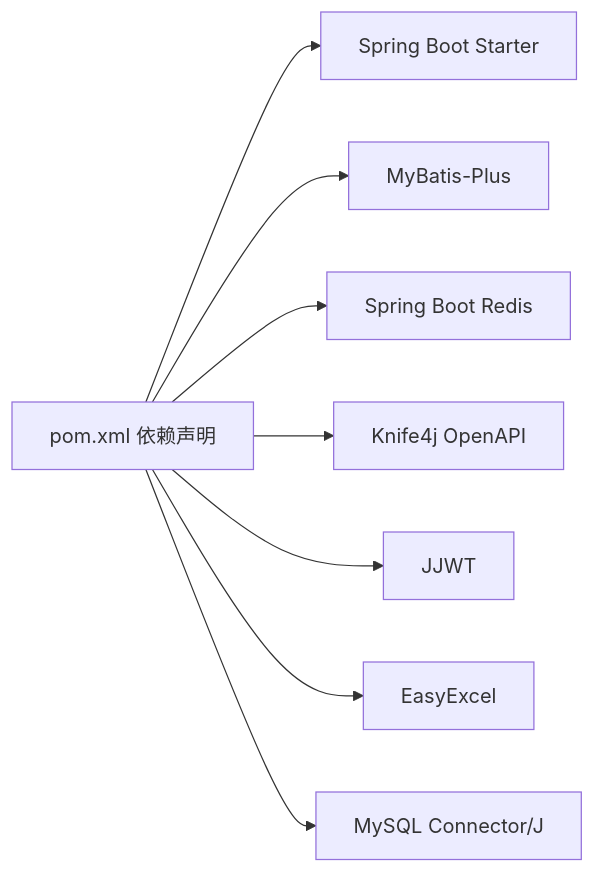
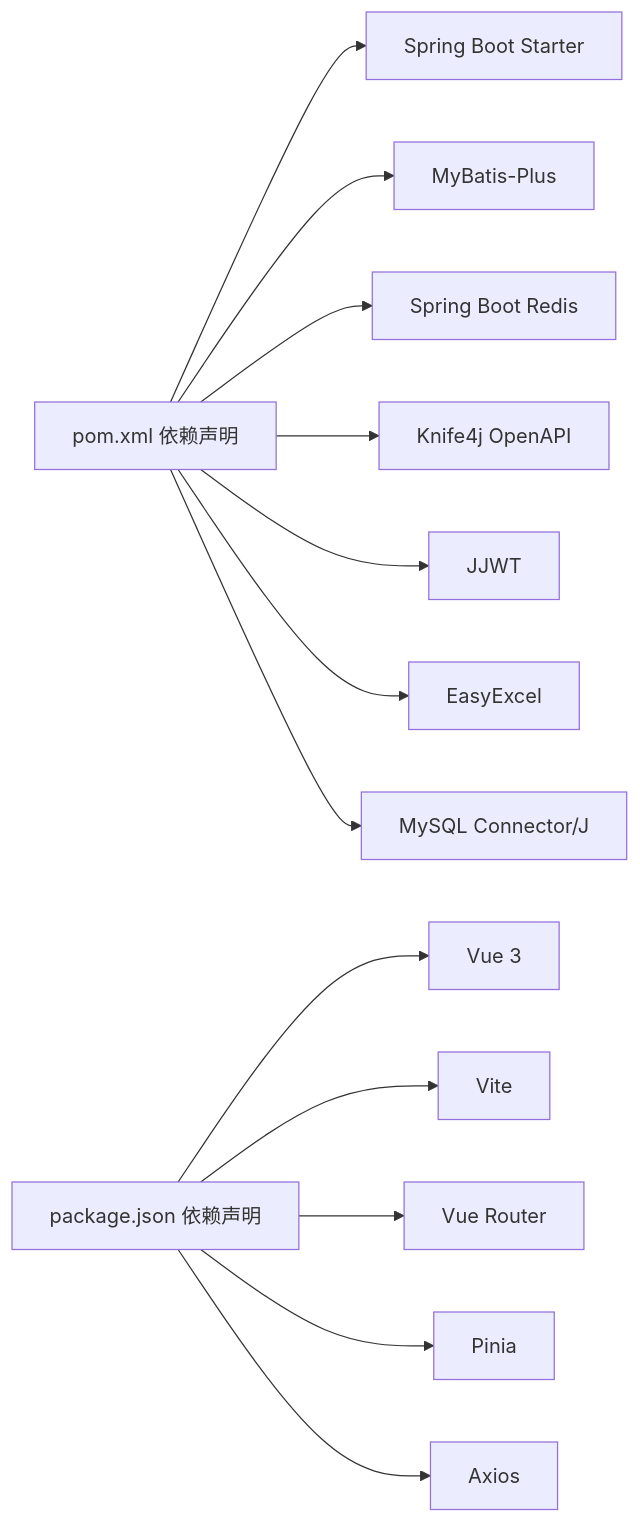
Before and after one commit to junjiechen66/newWorld: the ninth of 9 diagrams in .qoder/repowiki/zh/content/系统架构/部署架构.md, drawn with Mermaid. The commit also changed other lines of this file and 5 other files, not shown here.

````diff
--- a/.qoder/repowiki/zh/content/系统架构/部署架构.md
+++ b/.qoder/repowiki/zh/content/系统架构/部署架构.md
@@ -348,10 +520,15 @@
 ```mermaid
 graph LR
 POM["pom.xml 依赖声明"] --> SB["Spring Boot Starter"]
 POM --> MP["MyBatis-Plus"]
 POM --> R["Spring Boot Redis"]
 POM --> K4j["Knife4j OpenAPI"]
 POM --> JWT["JJWT"]
 POM --> EX["EasyExcel"]
 POM --> MCJ["MySQL Connector/J"]
+PKG["package.json 依赖声明"] --> VUE["Vue 3"]
+PKG --> VITE["Vite"]
+PKG --> ROUTER["Vue Router"]
+PKG --> STORE["Pinia"]
+PKG --> AXIOS["Axios"]
 ```
````
